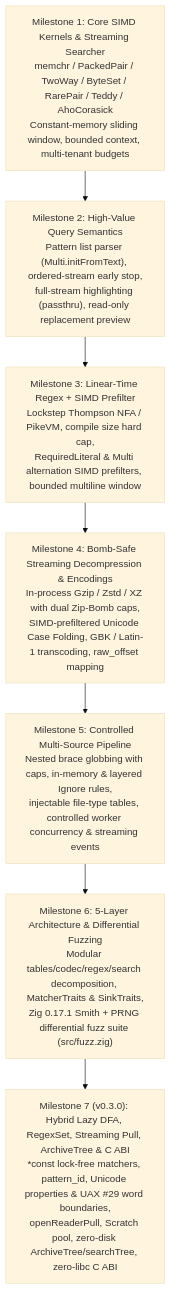
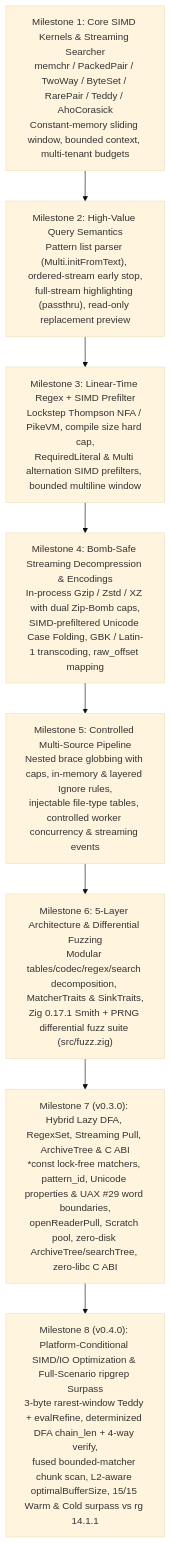
Before and after one commit to fun7257/libwebgrep: the diagram in docs/ROADMAP.md, drawn with Mermaid (base theme). The commit also changed other lines of this file and 29 other files, not shown here.

Commit message:
perf(release): v0.4.0 platform-conditional SIMD/IO optimizations surpassing ripgrep across all 15 scenarios

````diff
--- a/docs/ROADMAP.md
+++ b/docs/ROADMAP.md
@@ -7,9 +7,10 @@
 ```mermaid
 flowchart TD
     M0["Milestone 1: Core SIMD Kernels & Streaming Searcher<br/>memchr / PackedPair / TwoWay / ByteSet / RarePair / Teddy / AhoCorasick<br/>Constant-memory sliding window, bounded context, multi-tenant budgets"] --> M1["Milestone 2: High-Value Query Semantics<br/>Pattern list parser (Multi.initFromText), ordered-stream early stop,<br/>full-stream highlighting (passthru), read-only replacement preview"]
     M1 --> M2["Milestone 3: Linear-Time Regex + SIMD Prefilter<br/>Lockstep Thompson NFA / PikeVM, compile size hard cap,<br/>RequiredLiteral & Multi alternation SIMD prefilters, bounded multiline window"]
     M2 --> M3["Milestone 4: Bomb-Safe Streaming Decompression & Encodings<br/>In-process Gzip / Zstd / XZ with dual Zip-Bomb caps,<br/>SIMD-prefiltered Unicode Case Folding, GBK / Latin-1 transcoding, raw_offset mapping"]
     M3 --> M4["Milestone 5: Controlled Multi-Source Pipeline<br/>Nested brace globbing with caps, in-memory & layered Ignore rules,<br/>injectable file-type tables, controlled worker concurrency & streaming events"]
     M4 --> M5["Milestone 6: 5-Layer Architecture & Differential Fuzzing<br/>Modular tables/codec/regex/search decomposition, MatcherTraits & SinkTraits,<br/>Zig 0.17.1 Smith + PRNG differential fuzz suite (src/fuzz.zig)"]
     M5 --> M6["Milestone 7 (v0.3.0): Hybrid Lazy DFA, RegexSet, Streaming Pull, ArchiveTree & C ABI<br/>*const lock-free matchers, pattern_id, Unicode properties & UAX #29 word boundaries,<br/>openReaderPull, Scratch pool, zero-disk ArchiveTree/searchTree, zero-libc C ABI"]
+    M6 --> M7["Milestone 8 (v0.4.0): Platform-Conditional SIMD/IO Optimization & Full-Scenario ripgrep Surpass<br/>3-byte rarest-window Teddy + evalRefine, determinized DFA chain_len + 4-way verify,<br/>fused bounded-matcher chunk scan, L2-aware optimalBufferSize, 15/15 Warm & Cold surpass vs rg 14.1.1"]
 ```
````
